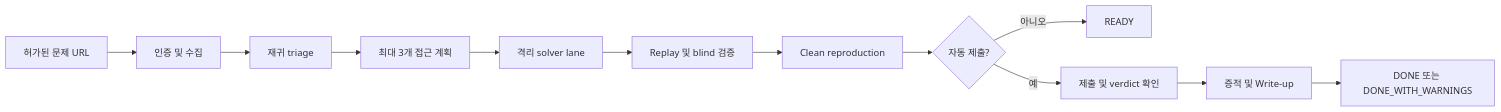
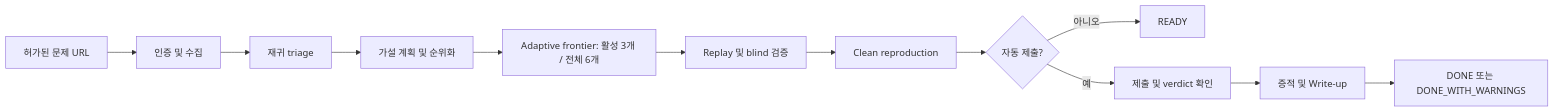
Before and after one commit to Clotilde030603/ctf-agent-codex: the diagram in README.ko.md, drawn with Mermaid. The commit also changed other lines of this file and 186 other files, not shown here.

````diff
--- a/README.ko.md
+++ b/README.ko.md
@@ -46,14 +47,14 @@
 ```mermaid
 flowchart LR
     A[허가된 문제 URL] --> B[인증 및 수집]
     B --> C[재귀 triage]
-    C --> D[최대 3개 접근 계획]
-    D --> E[격리 solver lane]
+    C --> D[가설 계획 및 순위화]
+    D --> E[Adaptive frontier: 활성 3개 / 전체 6개]
     E --> F[Replay 및 blind 검증]
     F --> G[Clean reproduction]
     G --> H{자동 제출?}
     H -- 아니오 --> I[READY]
     H -- 예 --> J[제출 및 verdict 확인]
     J --> K[증적 및 Write-up]
     K --> L[DONE 또는 DONE_WITH_WARNINGS]
 ```
````
